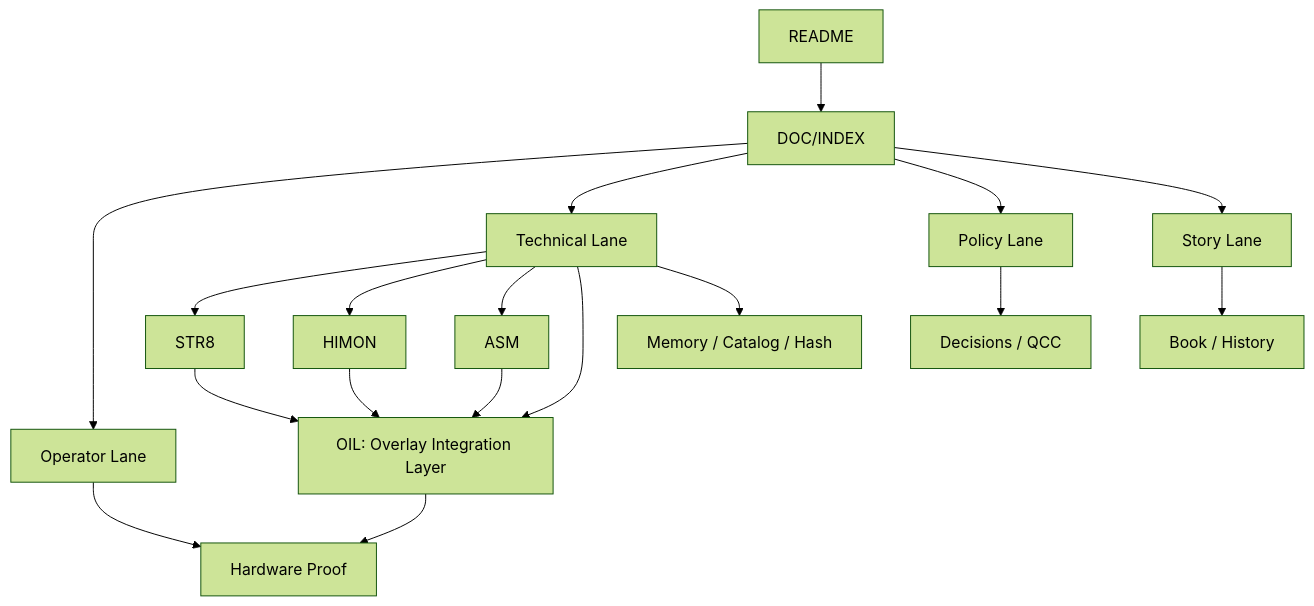
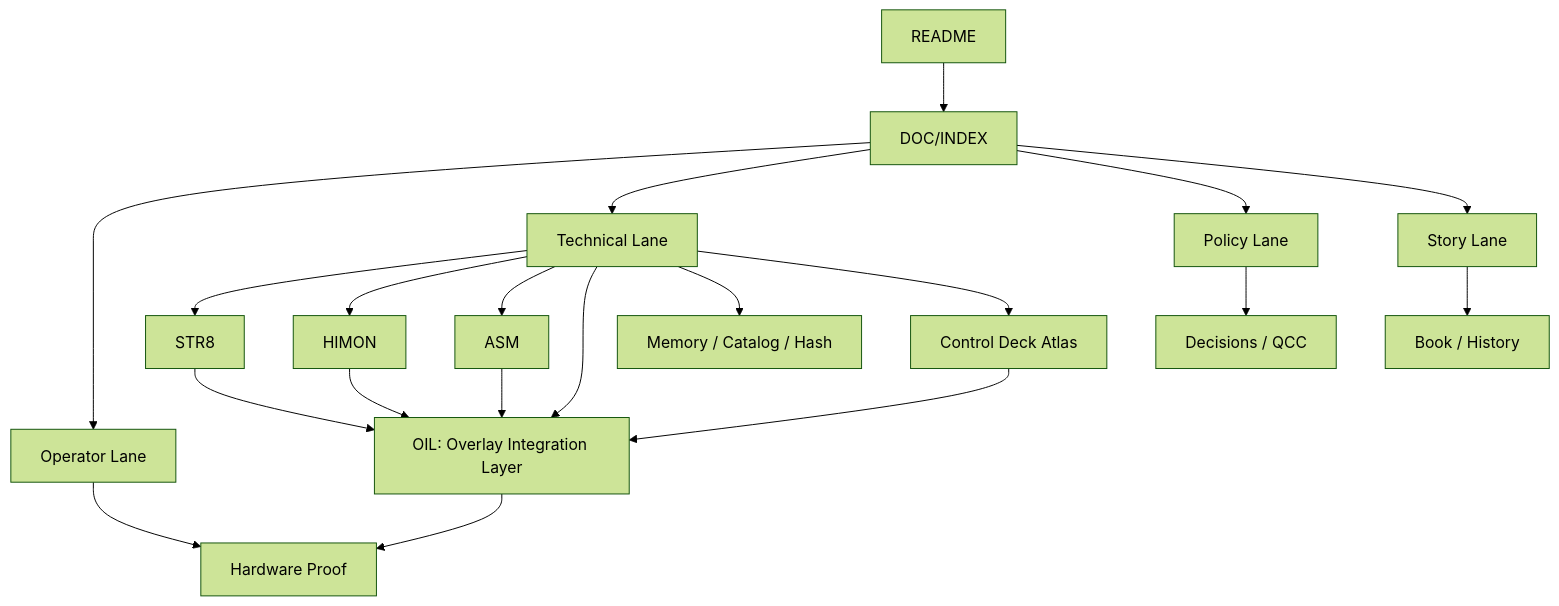
One commit to 95westus/R-YORS changed the diagram in DOC/GUIDES/MAP.md. Above: the diagram before and after it, drawn with Mermaid (forest theme). The commit also changed other lines of this file and 52 other files, not shown here.

````diff
--- a/DOC/GUIDES/MAP.md
+++ b/DOC/GUIDES/MAP.md
@@ -184,22 +189,24 @@
 ```mermaid
 flowchart TD
     README[README] --> INDEX[DOC/INDEX]
     INDEX --> OP[Operator Lane]
     INDEX --> TECH[Technical Lane]
     INDEX --> POLICY[Policy Lane]
     INDEX --> STORY[Story Lane]
 
     OP --> PROOF[Hardware Proof]
     TECH --> STR8[STR8]
     TECH --> HIMON[HIMON]
     TECH --> ASM[ASM]
     TECH --> OIL[OIL: Overlay Integration Layer]
     TECH --> DATA[Memory / Catalog / Hash]
+    TECH --> DECKS[Control Deck Atlas]
 
     ASM --> OIL
     HIMON --> OIL
     STR8 --> OIL
     OIL --> PROOF
+    DECKS --> OIL
     POLICY --> DEC[Decisions / QCC]
     STORY --> HIST[Book / History]
 ```
````
